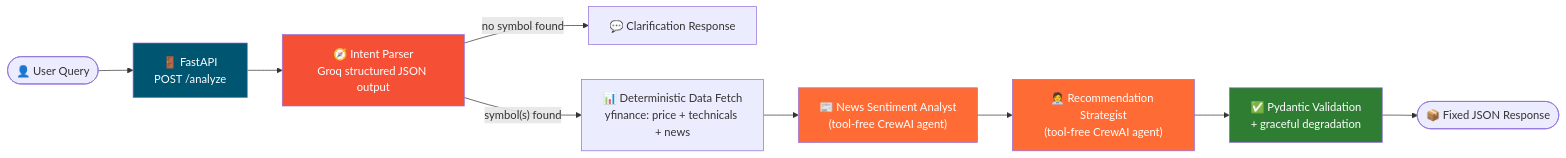
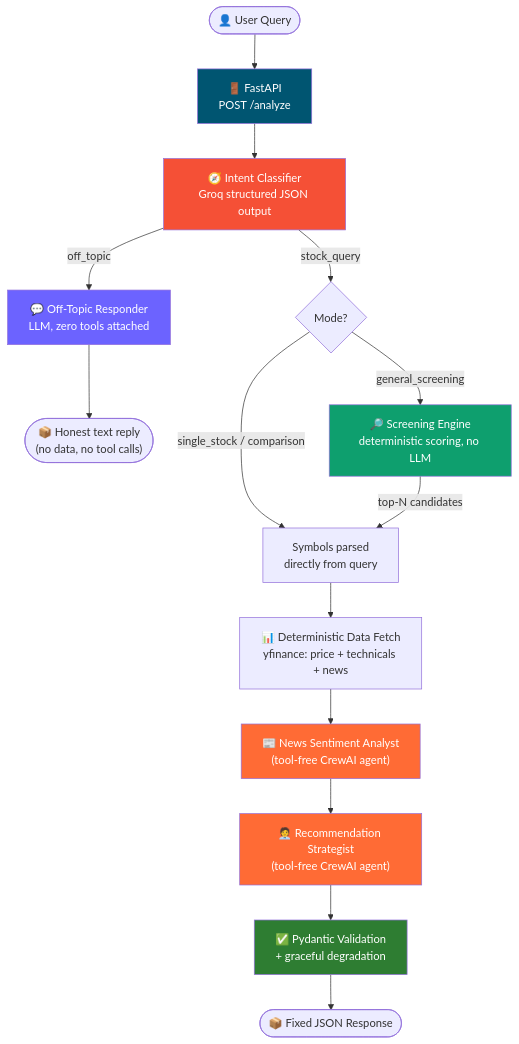
The first of 2 diagrams in README.md (rooneyrulz/stock-research-agent-api), drawn with Mermaid before and after one commit. The commit also changed other lines of this file, not shown here.

````diff
--- a/README.md
+++ b/README.md
@@ -66,17 +78,28 @@
 ```mermaid
-flowchart LR
+flowchart TD
     U([👤 User Query]) --> API["🚪 FastAPI<br/>POST /analyze"]
-    API --> Intent["🧭 Intent Parser<br/>Groq structured JSON output"]
-    Intent -- "no symbol found" --> Clarify["💬 Clarification Response"]
-    Intent -- "symbol(s) found" --> Fetch["📊 Deterministic Data Fetch<br/>yfinance: price + technicals + news"]
+    API --> Intent["🧭 Intent Classifier<br/>Groq structured JSON output"]
+
+    Intent -->|"off_topic"| OffTopic["💬 Off-Topic Responder<br/>LLM, zero tools attached"]
+    OffTopic --> RespOT(["📦 Honest text reply<br/>(no data, no tool calls)"])
+
+    Intent -->|"stock_query"| Mode{Mode?}
+
+    Mode -->|single_stock / comparison| DirectSymbols["Symbols parsed<br/>directly from query"]
+    Mode -->|general_screening| Screen["🔎 Screening Engine<br/>deterministic scoring, no LLM"]
+    Screen -->|"top-N candidates"| DirectSymbols
+
+    DirectSymbols --> Fetch["📊 Deterministic Data Fetch<br/>yfinance: price + technicals + news"]
     Fetch --> News["📰 News Sentiment Analyst<br/>(tool-free CrewAI agent)"]
     News --> Rec["🧑‍💼 Recommendation Strategist<br/>(tool-free CrewAI agent)"]
     Rec --> Validate["✅ Pydantic Validation<br/>+ graceful degradation"]
-    Validate --> Resp(["📦 Fixed JSON Response"])
+    Validate --> RespStock(["📦 Fixed JSON Response"])
 
     style API fill:#005571,color:#fff
     style Intent fill:#F55036,color:#fff
+    style OffTopic fill:#6C63FF,color:#fff
+    style Screen fill:#0E9F6E,color:#fff
     style News fill:#FF6B35,color:#fff
     style Rec fill:#FF6B35,color:#fff
     style Validate fill:#2E7D32,color:#fff
 ```
````
